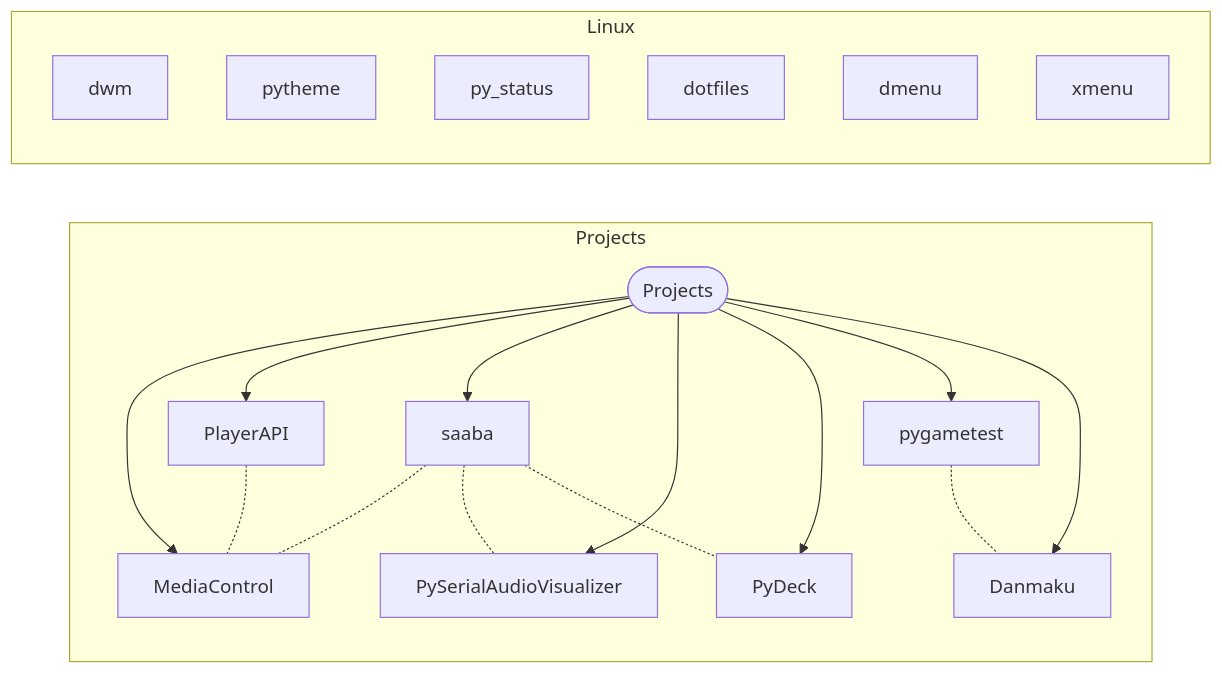
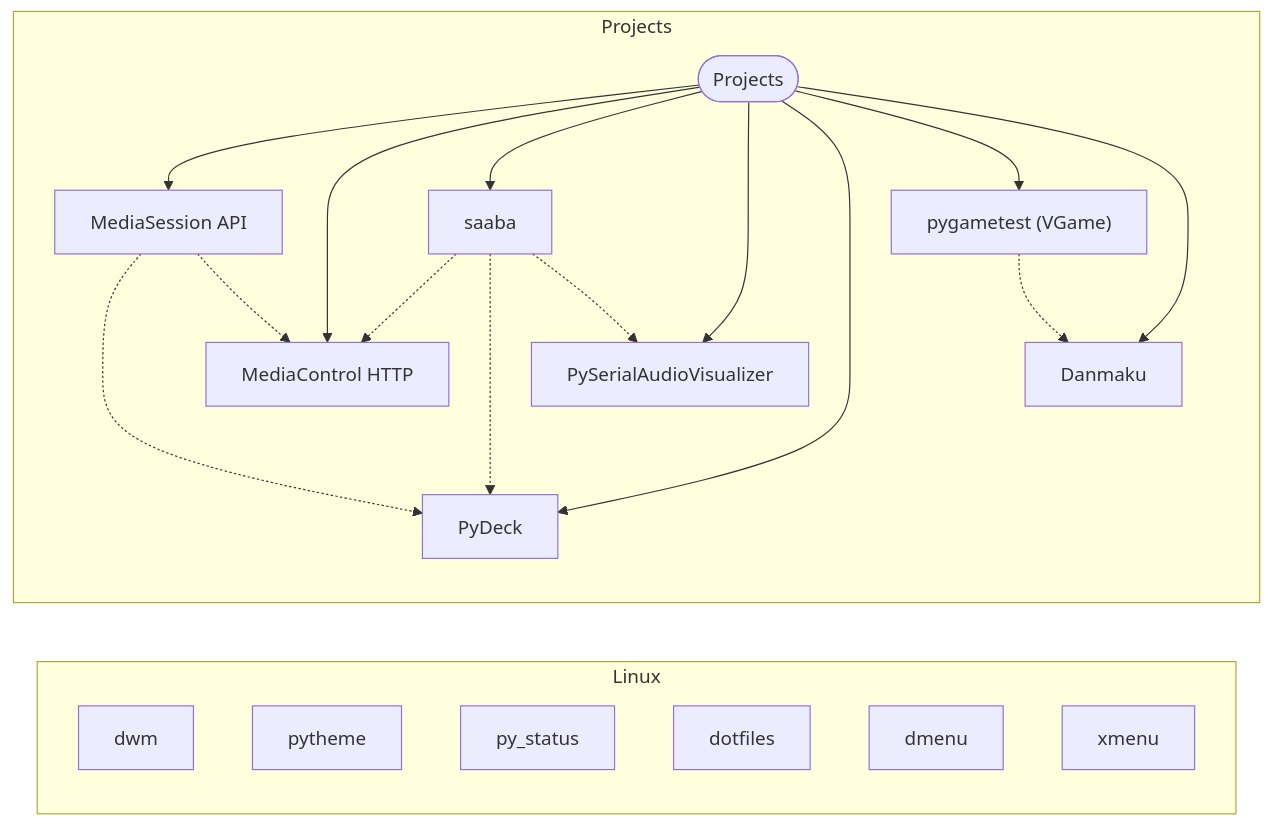
One commit to virashu/virashu changed the first of 2 diagrams in projects.md. Above: the diagram before and after it, drawn with Mermaid. The commit also changed other lines of this file, not shown here.

Commit message:
Update projects

````diff
--- a/projects.md
+++ b/projects.md
@@ -9,50 +11,54 @@
 ```mermaid
 flowchart LR
-
-  subgraph Projects
-    direction TB
-    base(["Projects"])
-
-    player_api["PlayerAPI"]
-    media_control["MediaControl"]
-    audio_vis["PySerialAudioVisualizer"]
-    saaba["saaba"]
-    pydeck["PyDeck"]
-
-    v_game["pygametest"]
-    danmaku["Danmaku"]
-
-    click media_control href "https://github.com/virashu/media_control"
-    click audio_vis href "https://github.com/virashu/PySerialAudioVisualizer"
-    click saaba href "https://github.com/virashu/saaba"
-    click pydeck href "https://github.com/virashu/pydeck"
-    click v_game href "https://github.com/virashu/pygametest"
-    click danmaku href "https://github.com/virashu/Danmaku"
-
-    base --> media_control
-    base --> player_api
-    base --> saaba
-    base --> audio_vis
-    base --> pydeck
-
-    base --> v_game
-    base --> danmaku
-
-    v_game -.- danmaku
-    player_api -.- media_control
-    saaba -.- media_control
-    saaba -.- audio_vis
-    saaba -.- pydeck
-  end
 
   subgraph Linux
   direction TB
     dwm["dwm"]
     py_theme["pytheme"]
     py_status
     dotfiles
     dmenu
     xmenu
   end
 
+  subgraph Projects
+    direction TB
+    base(["Projects"])
+
+    media_control["MediaControl HTTP"]
+    media_session["MediaSession API"]
+    audio_vis["PySerialAudioVisualizer"]
+    saaba["saaba"]
+    pydeck["PyDeck"]
+
+    v_game["pygametest (VGame)"]
+    danmaku["Danmaku"]
+
+    click media_session href "https://github.com/virashu/media_session"
+    click media_control href "https://github.com/virashu/mediacontrol"
+    click audio_vis href "https://github.com/virashu/PySerialAudioVisualizer"
+    click saaba href "https://github.com/virashu/saaba"
+    click pydeck href "https://github.com/virashu/pydeck"
+    click v_game href "https://github.com/virashu/pygametest"
+    click danmaku href "https://github.com/virashu/danmaku"
+
+    base --> media_session
+    base --> media_control
+    base --> saaba
+    base --> audio_vis
+    base --> pydeck
+
+    base --> v_game
+    base --> danmaku
+
+    v_game -.-> danmaku
+    saaba -.-> media_control
+    saaba -..-> pydeck
+    saaba -.-> audio_vis
+    media_session -..-> pydeck
+    media_session -.-> media_control
+  end
+
+
+
 ```
````
